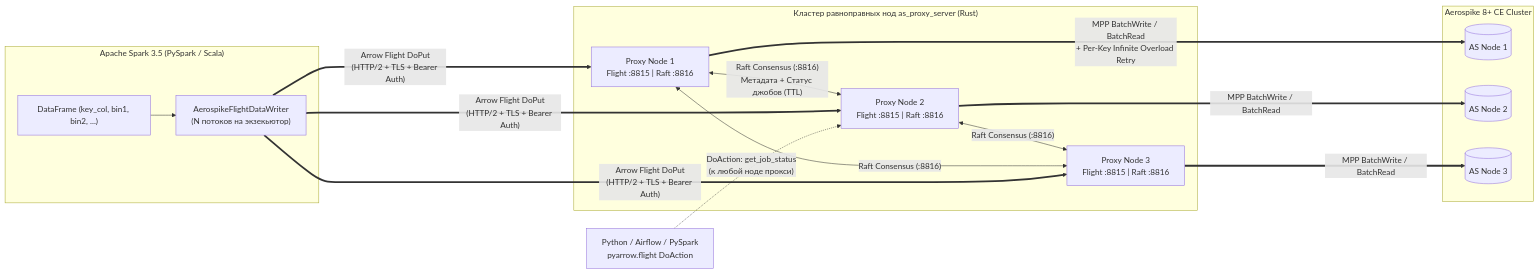
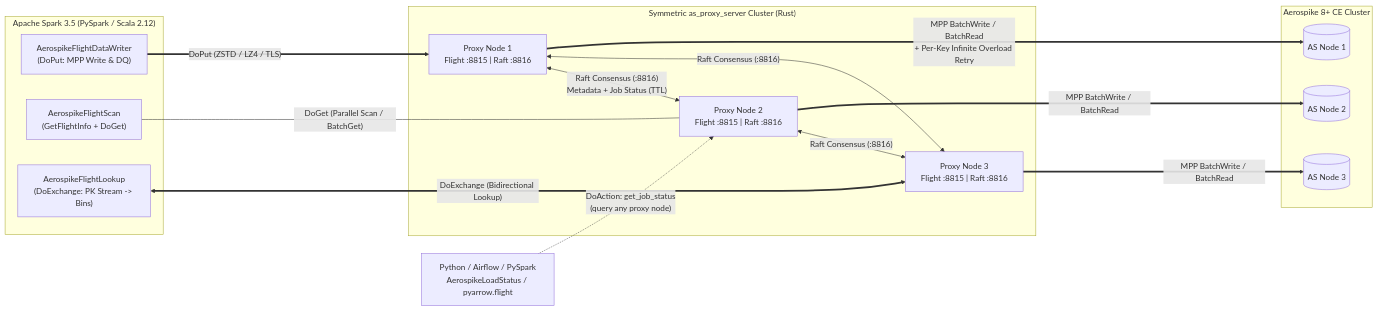
Before and after one commit to 1orgar/as-flight-proxy: the diagram in README.md, drawn with Mermaid. The commit also changed other lines of this file and 27 other files, not shown here.

Commit message:
feat: add disableable Arrow Flight compression, hot-path optimizations, bilingual docs, and zip release packaging

````diff
--- a/README.md
+++ b/README.md
@@ -34,35 +48,35 @@
 ```mermaid
 flowchart LR
-    subgraph Spark["Apache Spark 3.5 (PySpark / Scala)"]
-        DF["DataFrame (key_col, bin1, bin2, ...)"]
-        W["AerospikeFlightDataWriter\n(N потоков на экзекьютор)"]
-        DF --> W
+    subgraph Spark["Apache Spark 3.5 (PySpark / Scala 2.12)"]
+        W["AerospikeFlightDataWriter\n(DoPut: MPP Write & DQ)"]
+        S["AerospikeFlightScan\n(GetFlightInfo + DoGet)"]
+        L["AerospikeFlightLookup\n(DoExchange: PK Stream -> Bins)"]
     end
 
-    subgraph ProxyCluster["Кластер равноправных нод as_proxy_server (Rust)"]
+    subgraph ProxyCluster["Symmetric as_proxy_server Cluster (Rust)"]
         P1["Proxy Node 1\nFlight :8815 | Raft :8816"]
         P2["Proxy Node 2\nFlight :8815 | Raft :8816"]
         P3["Proxy Node 3\nFlight :8815 | Raft :8816"]
-        P1 <-->|"Raft Consensus (:8816)\nМетадата + Статус джобов (TTL)"| P2
+        P1 <-->|"Raft Consensus (:8816)\nMetadata + Job Status (TTL)"| P2
         P2 <-->|"Raft Consensus (:8816)"| P3
         P1 <-->|"Raft Consensus (:8816)"| P3
     end
 
     subgraph Aerospike["Aerospike 8+ CE Cluster"]
         AS1[("AS Node 1")]
         AS2[("AS Node 2")]
         AS3[("AS Node 3")]
     end
 
-    PyClient["Python / Airflow / PySpark\npyarrow.flight DoAction"]
+    PyClient["Python / Airflow / PySpark\nAerospikeLoadStatus / pyarrow.flight"]
 
-    W ===>|"Arrow Flight DoPut\n(HTTP/2 + TLS + Bearer Auth)"| P1
-    W ===>|"Arrow Flight DoPut\n(HTTP/2 + TLS + Bearer Auth)"| P2
-    W ===>|"Arrow Flight DoPut\n(HTTP/2 + TLS + Bearer Auth)"| P3
+    W ===>|"DoPut (ZSTD / LZ4 / TLS)"| P1
+    S <===|"DoGet (Parallel Scan / BatchGet)"| P2
+    L <===>|"DoExchange (Bidirectional Lookup)"| P3
 
     P1 ===>|"MPP BatchWrite / BatchRead\n+ Per-Key Infinite Overload Retry"| AS1
     P2 ===>|"MPP BatchWrite / BatchRead"| AS2
     P3 ===>|"MPP BatchWrite / BatchRead"| AS3
 
-    PyClient -.->|"DoAction: get_job_status\n(к любой ноде прокси)"| P2
+    PyClient -.->|"DoAction: get_job_status\n(query any proxy node)"| P2
 ```
````
